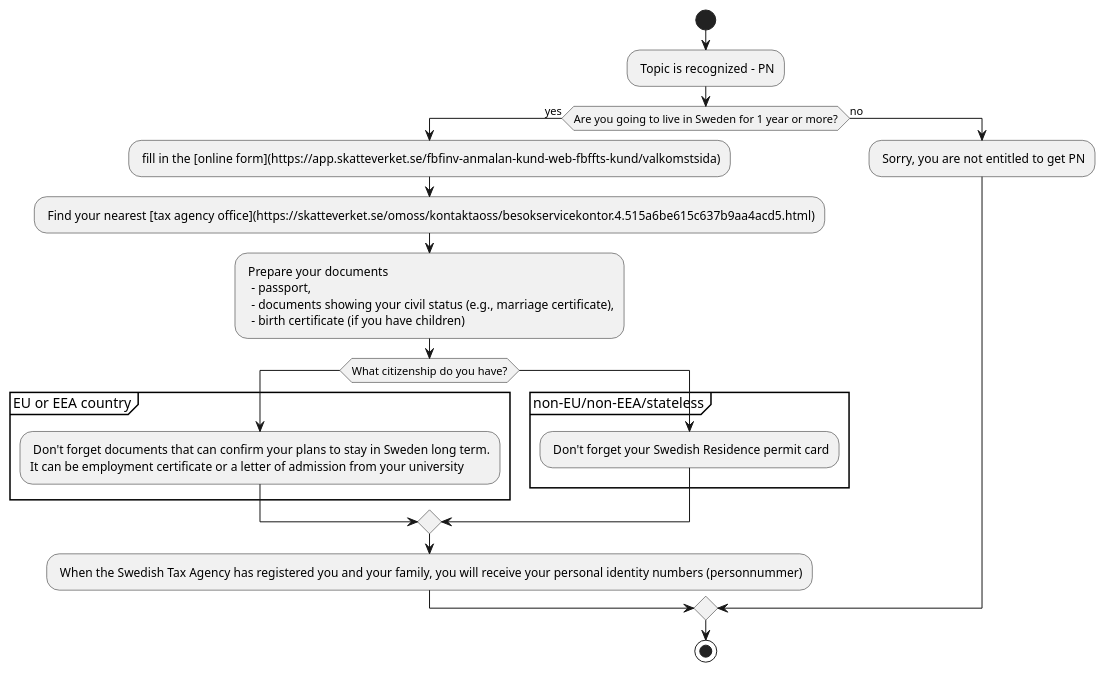
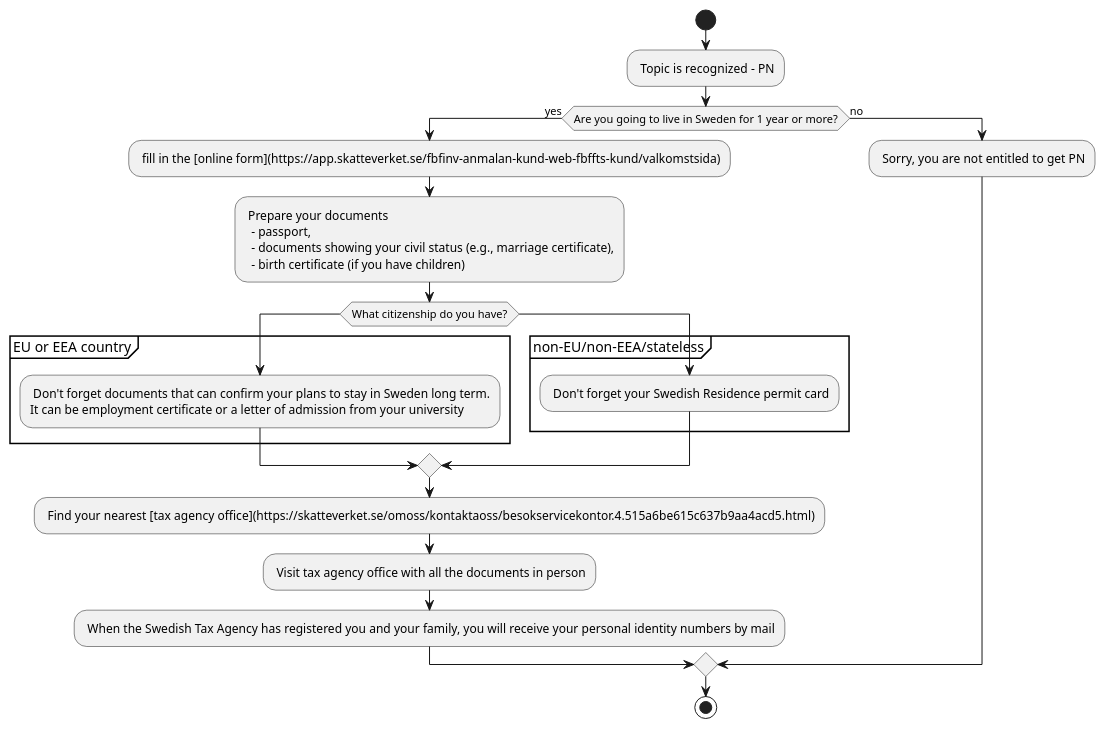
Before and after one commit to neverhood671/se_migrant_helpdesk: the diagram in docs/user-journey/pn.puml, drawn with PlantUML. The commit also changed 1 other file, not shown here.

```diff
--- a/docs/user-journey/pn.puml
+++ b/docs/user-journey/pn.puml
@@ -1,28 +1,29 @@
 @startuml
 start
 : Topic is recognized - PN;
 if (Are you going to live in Sweden for 1 year or more?) then (yes)
     : fill in the [online form](https://app.skatteverket.se/fbfinv-anmalan-kund-web-fbffts-kund/valkomstsida);
-    : Find your nearest [tax agency office](https://skatteverket.se/omoss/kontaktaoss/besokservicekontor.4.515a6be615c637b9aa4acd5.html);
     : Prepare your documents
       - passport,
       - documents showing your civil status (e.g., marriage certificate),
       - birth certificate (if you have children);
 
     switch (What citizenship do you have?)
         case ()
                 group EU or EEA country
                     : Don't forget documents that can confirm your plans to stay in Sweden long term.
                     It can be employment certificate or a letter of admission from your university;
                 end group
         case ()
                 group non-EU/non-EEA/stateless
                    : Don't forget your Swedish Residence permit card;
                 end group
     endswitch
-    : When the Swedish Tax Agency has registered you and your family, you will receive your personal identity numbers (personnummer);
+    : Find your nearest [tax agency office](https://skatteverket.se/omoss/kontaktaoss/besokservicekontor.4.515a6be615c637b9aa4acd5.html);
+    : Visit tax agency office with all the documents in person;
+    : When the Swedish Tax Agency has registered you and your family, you will receive your personal identity numbers by mail;
 else (no)
     : Sorry, you are not entitled to get PN;
 endif
 stop
 @enduml
```
